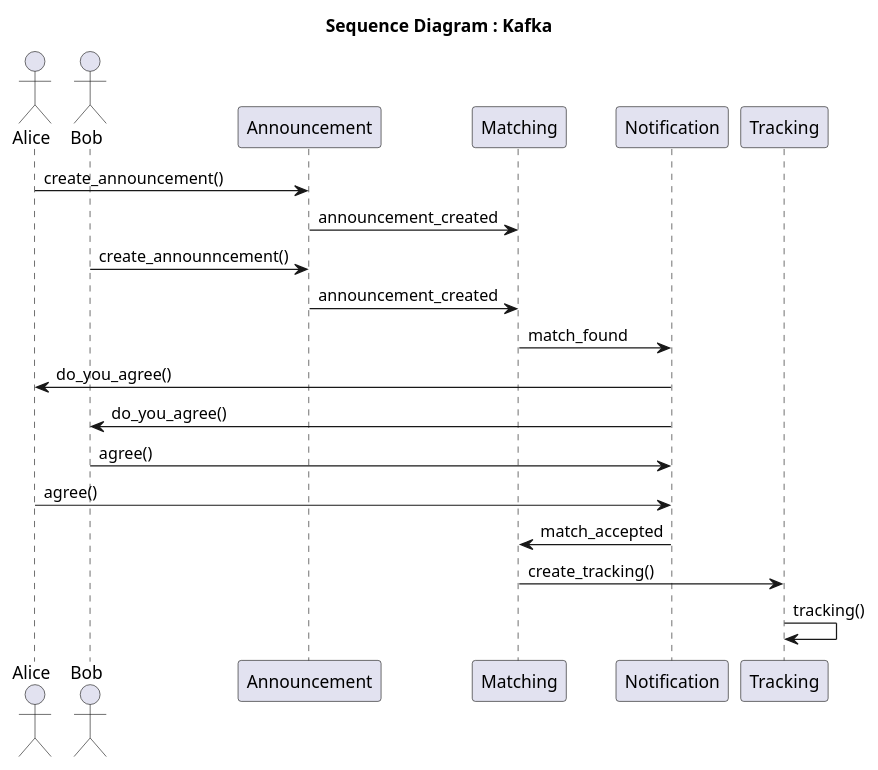
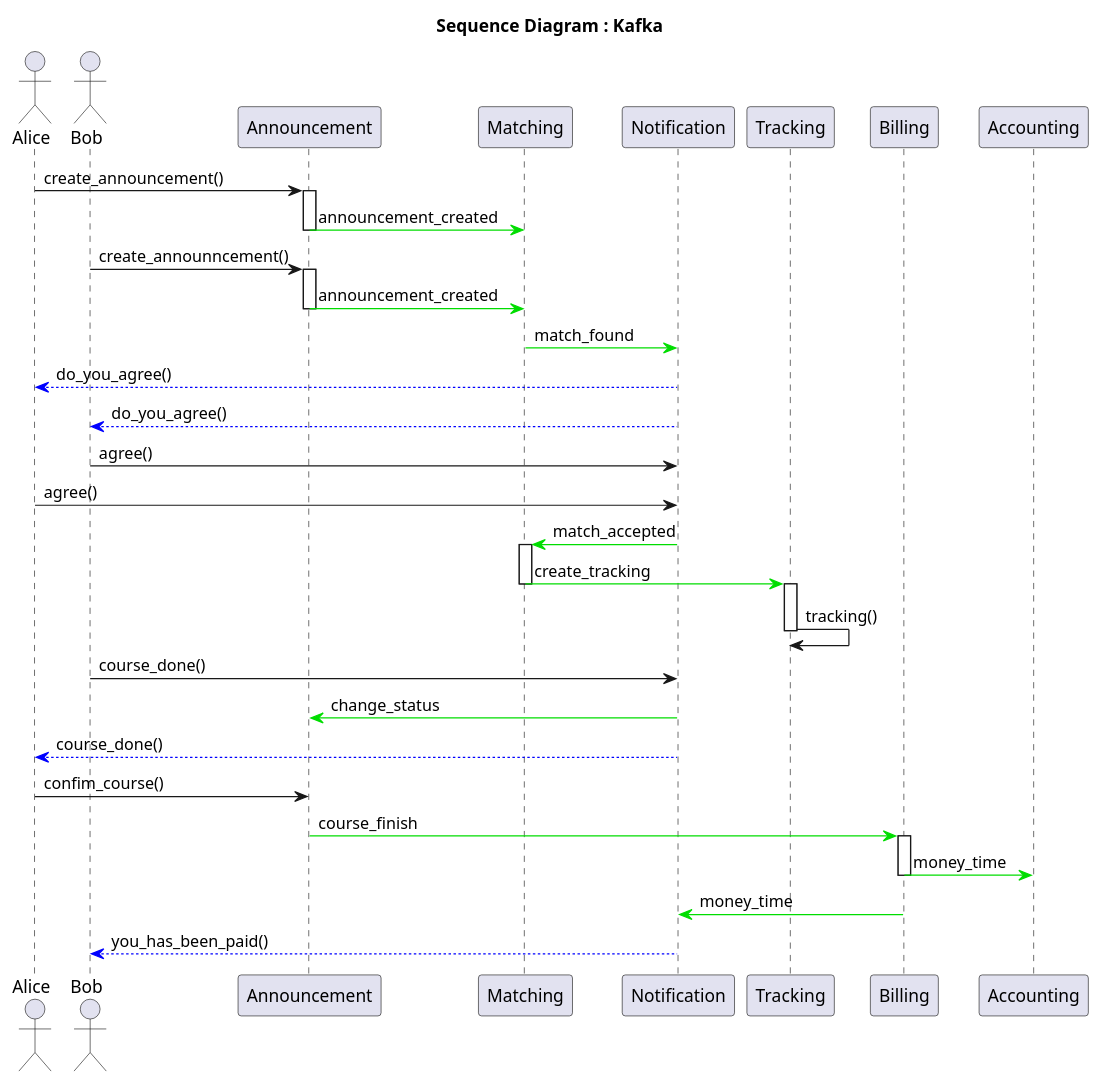
One commit to acouvreur/software-architecture-project changed the diagram in deliverables/plantUML/kafka-communication.wsd. Above: the diagram before and after it, drawn with PlantUML. The commit also changed 1 other file, not shown here.

```diff
--- a/deliverables/plantUML/kafka-communication.wsd
+++ b/deliverables/plantUML/kafka-communication.wsd
@@ -1,17 +1,35 @@
 @startuml
 title Sequence Diagram : Kafka
 actor Alice
 actor Bob
 Alice -> Announcement : create_announcement()
-Announcement -> Matching : announcement_created
+activate Announcement
+Announcement -[#00DD00]> Matching : announcement_created
+deactivate Announcement
 Bob -> Announcement : create_announncement()
-Announcement -> Matching : announcement_created
-Matching -> Notification : match_found
-Notification -> Alice : do_you_agree()
-Notification -> Bob : do_you_agree()
+activate Announcement
+Announcement -[#00DD00]> Matching : announcement_created
+deactivate Announcement
+Matching -[#00DD00]> Notification : match_found
+Notification -[#0000FF]-> Alice : do_you_agree()
+Notification -[#0000FF]-> Bob : do_you_agree()
 Bob -> Notification : agree()
 Alice -> Notification : agree()
-Notification -> Matching : match_accepted
-Matching -> Tracking : create_tracking()
+Notification -[#00DD00]> Matching : match_accepted
+activate Matching
+Matching -[#00DD00]> Tracking : create_tracking
+deactivate Matching
+activate Tracking
 Tracking -> Tracking : tracking()
+deactivate Tracking
+Bob -> Notification : course_done()
+Notification -[#00DD00]> Announcement : change_status
+Notification -[#0000FF]-> Alice : course_done()
+Alice -> Announcement : confim_course()
+Announcement -[#00DD00]> Billing : course_finish
+activate Billing
+Billing -[#00DD00]> Accounting : money_time
+deactivate Billing
+Billing -[#00DD00]> Notification : money_time
+Notification -[#0000FF]-> Bob : you_has_been_paid()
 @enduml
```
